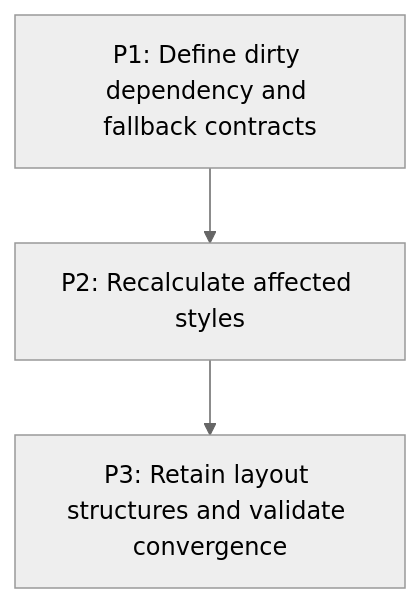
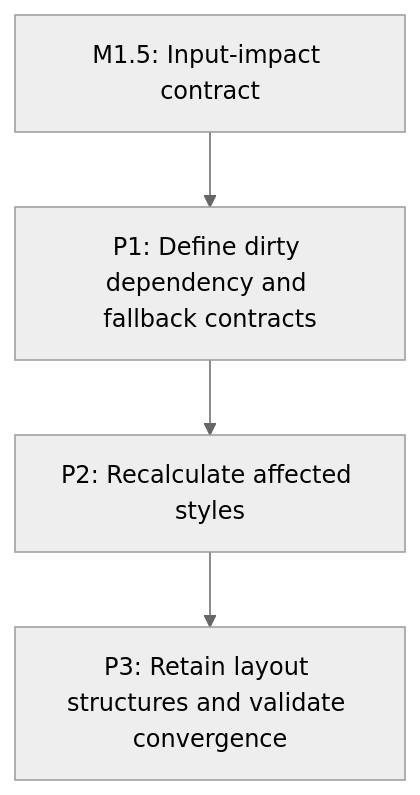
One commit to SpinyOwl/SpinyGUI changed the diagram in docs/work/E6/M5 - Add incremental style and retained layout boundaries.md. Above: the diagram before and after it, drawn with Mermaid (neutral theme). The commit also changed other lines of this file and 8 other files, not shown here.

Commit message:
Plan no-impact input frame skipping

````diff
--- a/docs/work/E6/M5 - Add incremental style and retained layout boundaries.md
+++ b/docs/work/E6/M5 - Add incremental style and retained layout boundaries.md
@@ -32,4 +32,5 @@
 ```mermaid
 flowchart TD
-  P1["P1: Define dirty dependency and fallback contracts"] --> P2["P2: Recalculate affected styles"] --> P3["P3: Retain layout structures and validate convergence"]
+  M15["M1.5: Input-impact contract"] --> P1["P1: Define dirty dependency and fallback contracts"]
+  P1 --> P2["P2: Recalculate affected styles"] --> P3["P3: Retain layout structures and validate convergence"]
 ```
````
